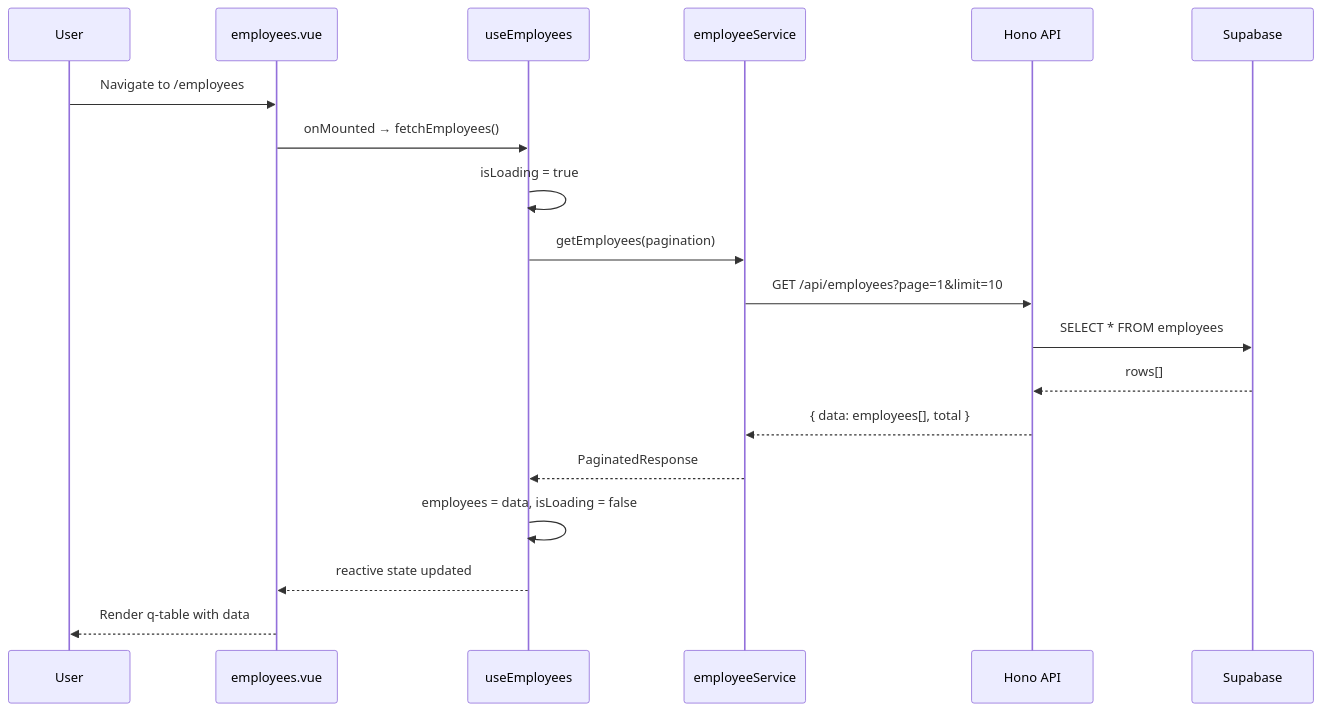
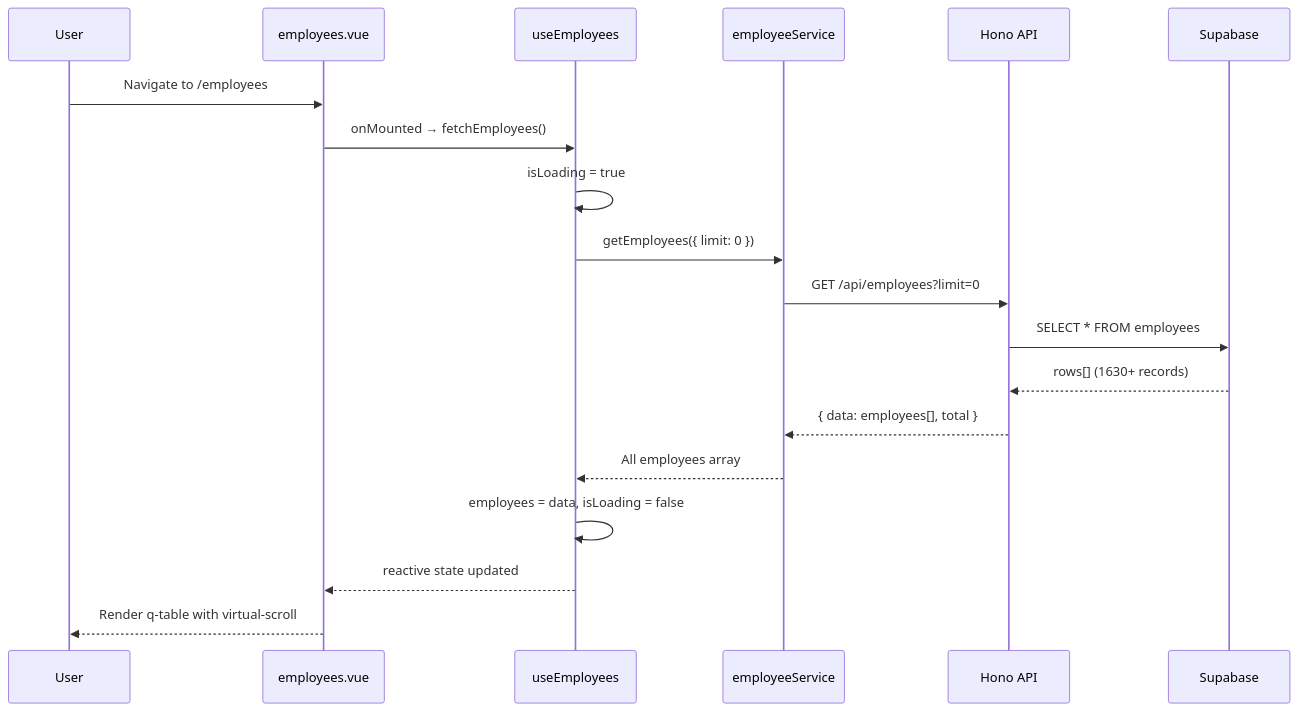
Before and after one commit to levanminhduc/project-datchi: the second of 4 diagrams in specs/employee-management/design.md, drawn with Mermaid. The commit also changed other lines of this file and 105 other files, not shown here.

````diff
--- a/specs/employee-management/design.md
+++ b/specs/employee-management/design.md
@@ -137,22 +148,22 @@
 ```mermaid
 sequenceDiagram
     participant U as User
     participant P as employees.vue
     participant C as useEmployees
     participant S as employeeService
     participant A as Hono API
     participant D as Supabase
 
     U->>P: Navigate to /employees
     P->>C: onMounted → fetchEmployees()
     C->>C: isLoading = true
-    C->>S: getEmployees(pagination)
-    S->>A: GET /api/employees?page=1&limit=10
+    C->>S: getEmployees({ limit: 0 })
+    S->>A: GET /api/employees?limit=0
     A->>D: SELECT * FROM employees
-    D-->>A: rows[]
+    D-->>A: rows[] (1630+ records)
     A-->>S: { data: employees[], total }
-    S-->>C: PaginatedResponse
+    S-->>C: All employees array
     C->>C: employees = data, isLoading = false
     C-->>P: reactive state updated
-    P-->>U: Render q-table with data
+    P-->>U: Render q-table with virtual-scroll
 ```
````
